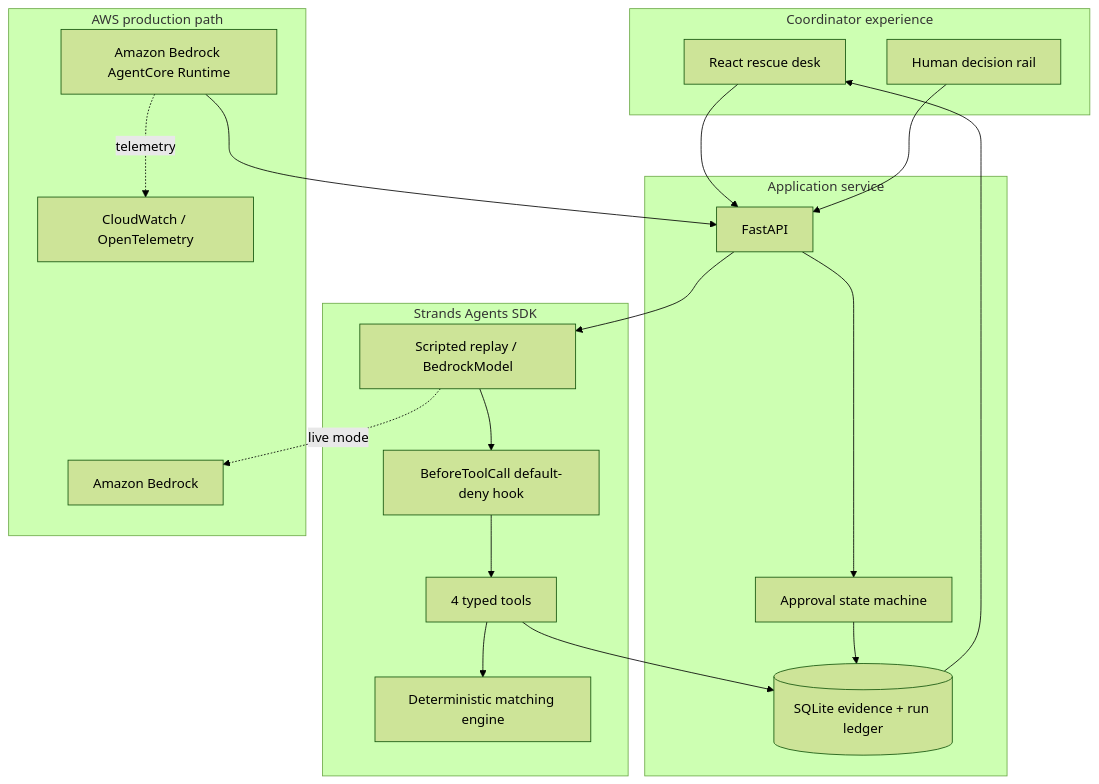
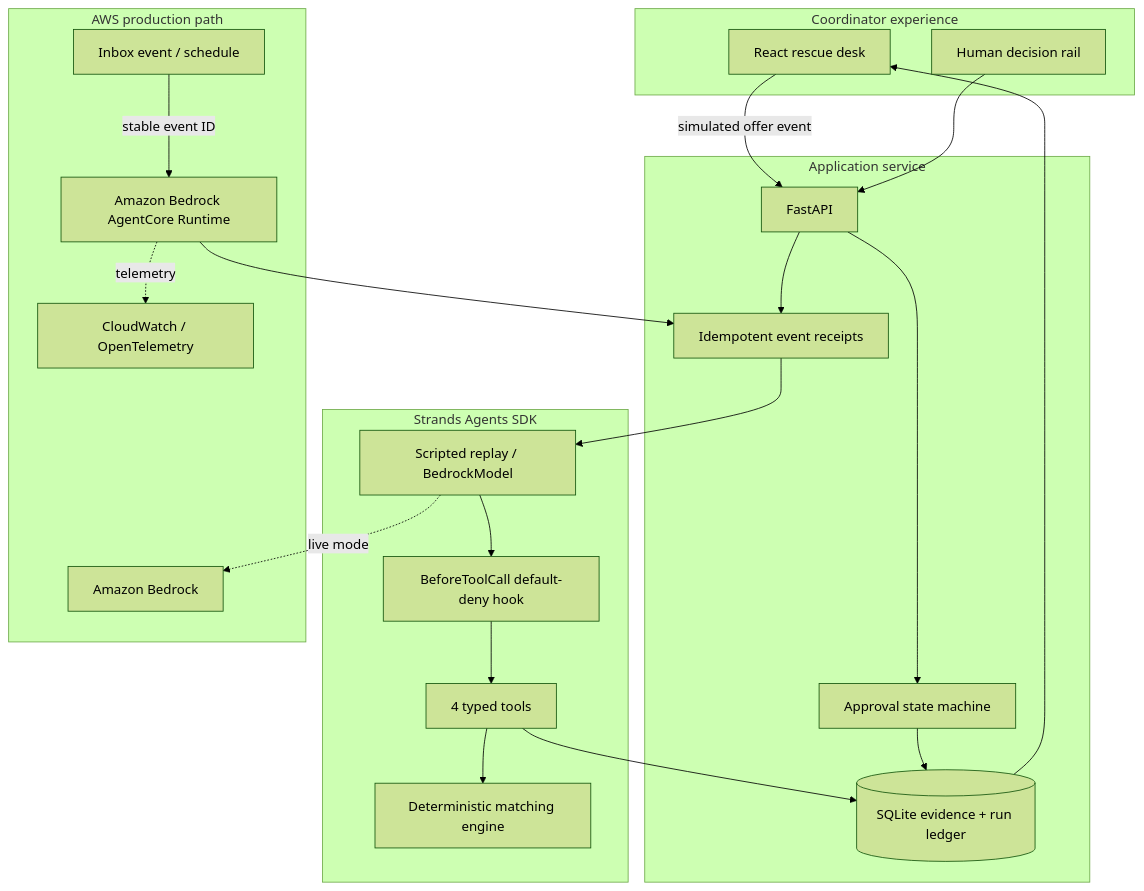
Before and after one commit to tarang-tj/rescue-relay: the diagram in docs/architecture.md, drawn with Mermaid (forest theme). The commit also changed other lines of this file and 21 other files, not shown here.

Commit message:
Add idempotent event-driven agent intake

````diff
--- a/docs/architecture.md
+++ b/docs/architecture.md
@@ -3,37 +3,39 @@
 ```mermaid
 flowchart TB
     subgraph Experience[Coordinator experience]
       UI[React rescue desk]
       DECIDE[Human decision rail]
     end
 
     subgraph Service[Application service]
       API[FastAPI]
+      EVENTS[Idempotent event receipts]
       LEDGER[(SQLite evidence + run ledger)]
       APPROVE[Approval state machine]
     end
 
     subgraph Agent[Strands Agents SDK]
       MODEL[Scripted replay / BedrockModel]
       GUARD[BeforeToolCall default-deny hook]
       TOOLS[4 typed tools]
       MATCH[Deterministic matching engine]
     end
 
     subgraph AWS[AWS production path]
+      SOURCE[Inbox event / schedule]
       CORE[Amazon Bedrock AgentCore Runtime]
       OBS[CloudWatch / OpenTelemetry]
       BEDROCK[Amazon Bedrock]
     end
 
-    UI --> API
-    API --> MODEL
+    UI -->|simulated offer event| API
+    API --> EVENTS --> MODEL
     MODEL --> GUARD --> TOOLS
     TOOLS --> MATCH
     TOOLS --> LEDGER
     LEDGER --> UI
     DECIDE --> API --> APPROVE --> LEDGER
-    CORE --> API
+    SOURCE -->|stable event ID| CORE --> EVENTS
     MODEL -. live mode .-> BEDROCK
     CORE -. telemetry .-> OBS
 ```
````
